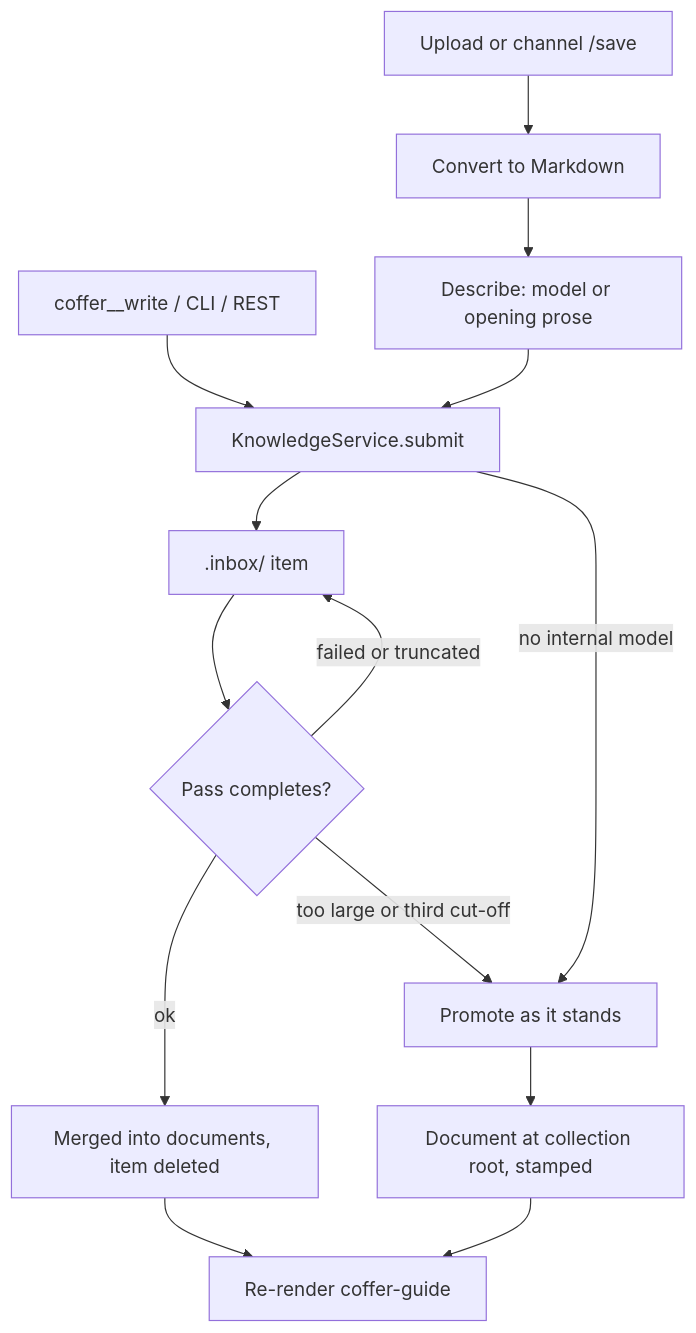
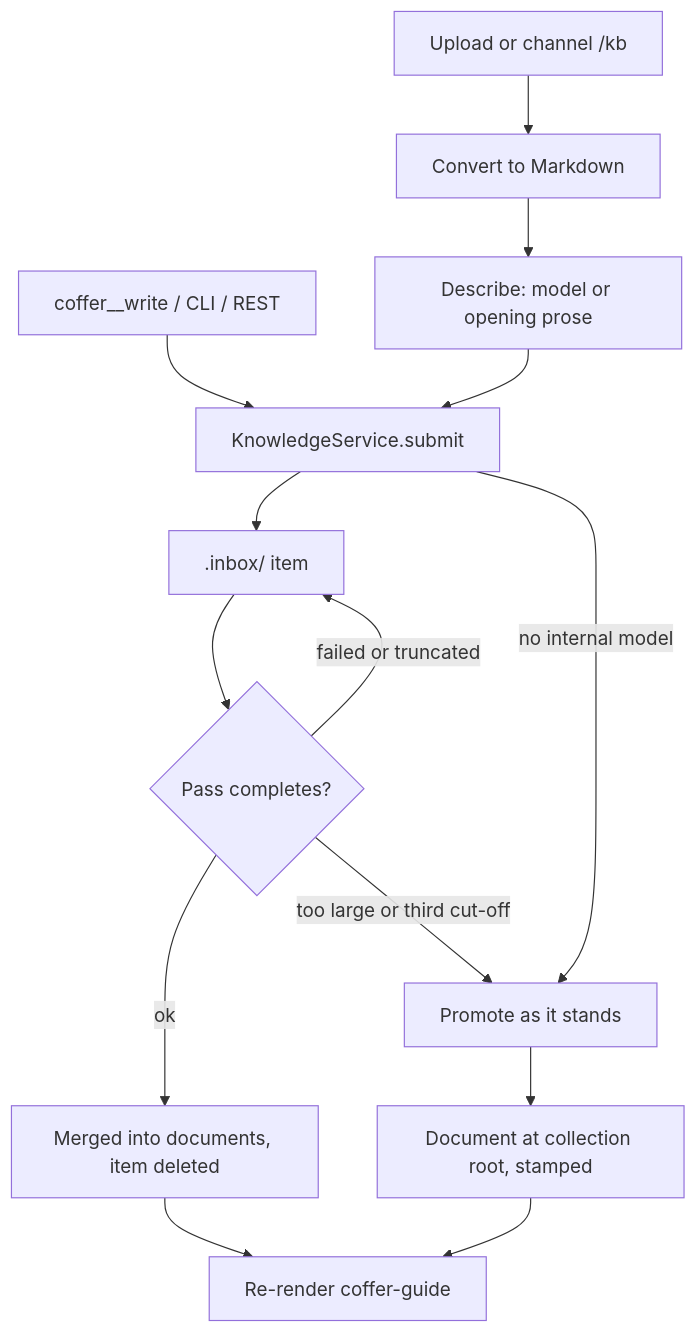
The first of 3 diagrams in docs-site/architecture/knowledge.md (wyx-sg/Coffer), drawn with Mermaid before and after one commit. The commit also changed other lines of this file and 147 other files, not shown here.

````diff
--- a/docs-site/architecture/knowledge.md
+++ b/docs-site/architecture/knowledge.md
@@ -101,16 +101,16 @@
 ```mermaid
 flowchart TD
   W["coffer__write / CLI / REST"] --> S["KnowledgeService.submit"]
-  U["Upload or channel /save"] --> C["Convert to Markdown"]
+  U["Upload or channel /kb"] --> C["Convert to Markdown"]
   C --> D["Describe: model or opening prose"]
   D --> S
   S --> I[".inbox/ item"]
   S -->|"no internal model"| P["Promote as it stands"]
   I --> Q{"Pass completes?"}
   Q -->|"ok"| M["Merged into documents, item deleted"]
   Q -->|"failed or truncated"| I
   Q -->|"too large or third cut-off"| P
   P --> DOC["Document at collection root, stamped"]
   M --> G["Re-render coffer-guide"]
   DOC --> G
 ```
````
